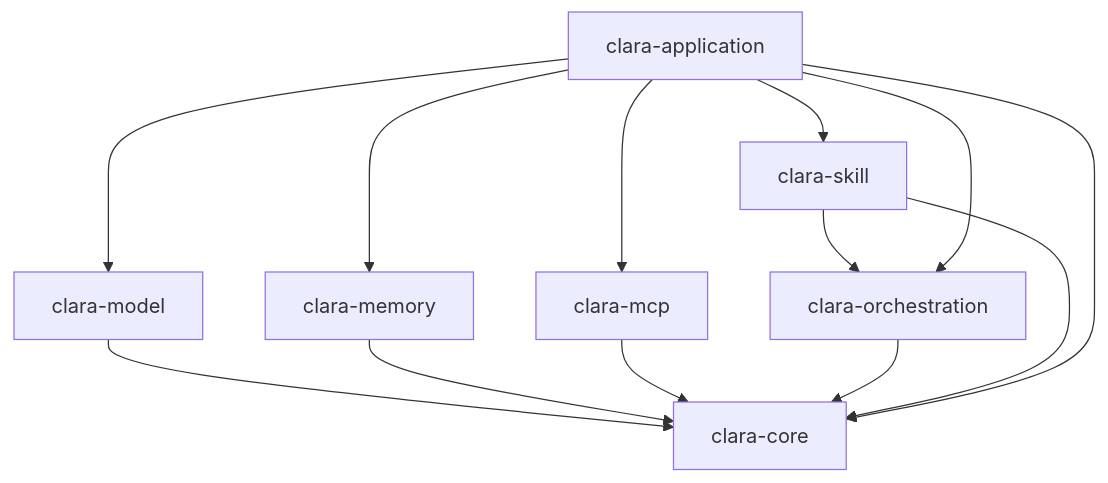
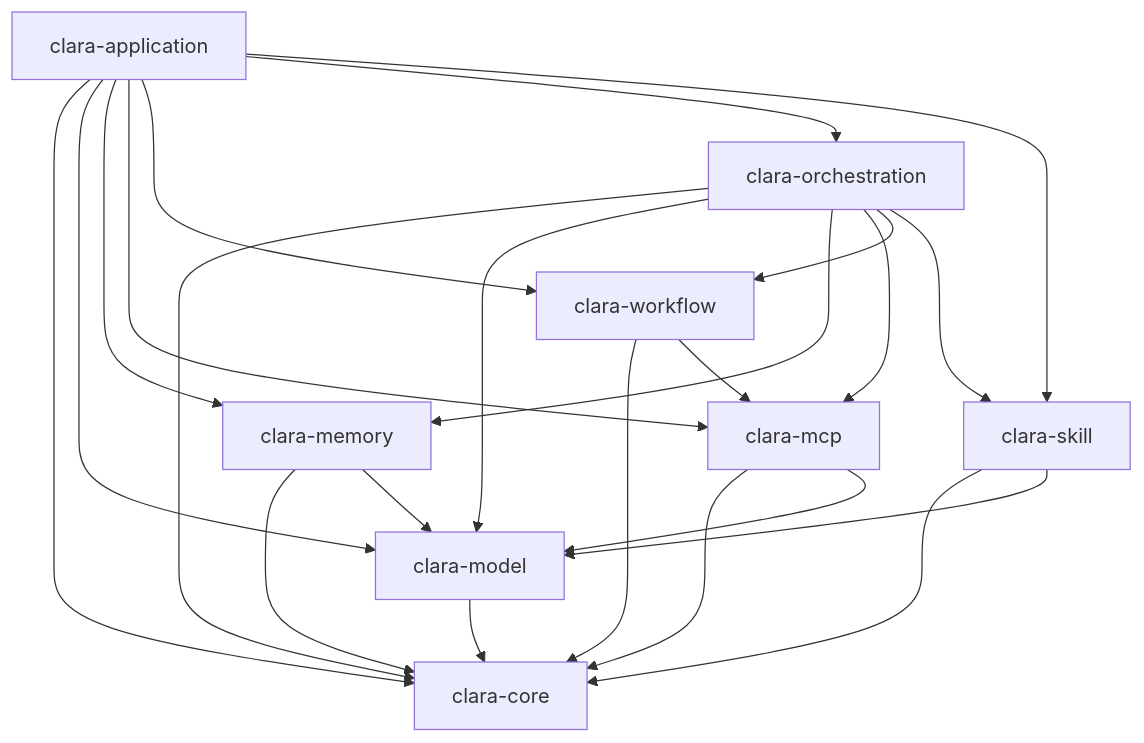
One commit to fangwu798/clara changed the diagram in readme.md. Above: the diagram before and after it, drawn with Mermaid. The commit also changed other lines of this file and 76 other files, not shown here.

````diff
--- a/readme.md
+++ b/readme.md
@@ -30,16 +31,26 @@
 ```mermaid
 flowchart TD
     core[clara-core]
     model[clara-model] --> core
     memory[clara-memory] --> core
+    memory --> model
     mcp[clara-mcp] --> core
+    mcp --> model
+    workflow[clara-workflow] --> core
+    workflow --> mcp
+    skill[clara-skill] --> core
+    skill --> model
     orchestration[clara-orchestration] --> core
-    skill[clara-skill] --> core
-    skill --> orchestration
+    orchestration --> model
+    orchestration --> memory
+    orchestration --> mcp
+    orchestration --> workflow
+    orchestration --> skill
     application[clara-application] --> core
     application --> model
     application --> memory
     application --> mcp
+    application --> workflow
     application --> orchestration
     application --> skill
 ```
````
